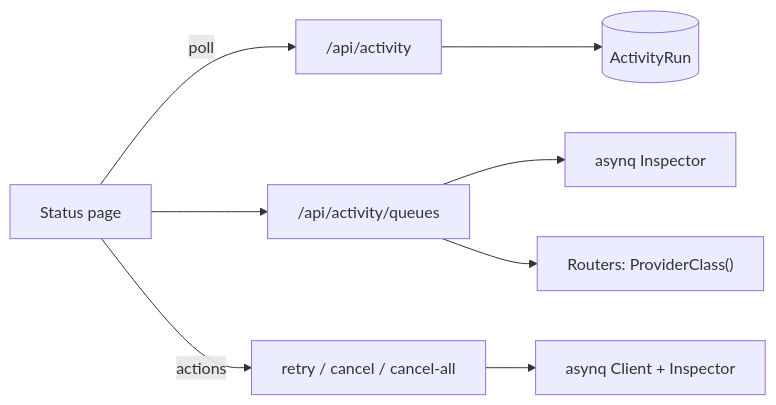
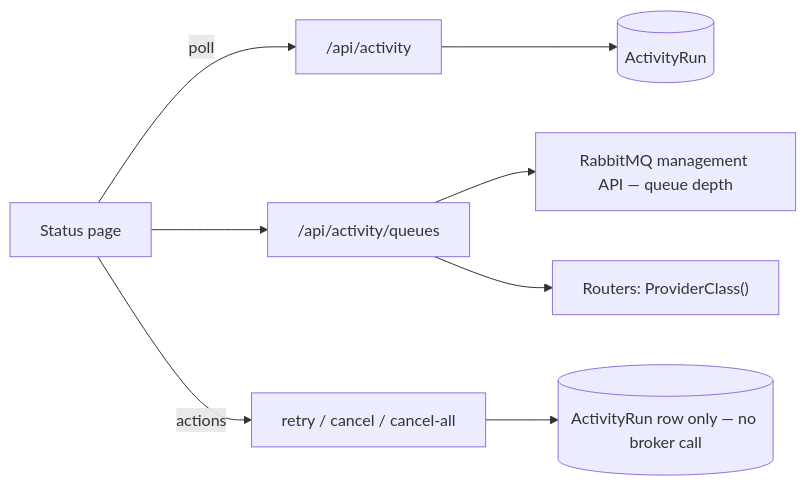
One commit to nonamecat19/job-finder changed the fourth of 4 diagrams in docs/docs/async/activity-tracking.md. Above: the diagram before and after it, drawn with Mermaid. The commit also changed other lines of this file and 13 other files, not shown here.

````diff
--- a/docs/docs/async/activity-tracking.md
+++ b/docs/docs/async/activity-tracking.md
@@ -183,10 +203,10 @@
 ```mermaid
 flowchart LR
     UI["Status page"] -->|poll| API["/api/activity"]
     API --> AR[("ActivityRun")]
     UI --> QAPI["/api/activity/queues"]
-    QAPI --> INS["asynq Inspector"]
+    QAPI --> INS["RabbitMQ management API — queue depth"]
     QAPI --> RES["Routers: ProviderClass()"]
     UI -->|actions| ACT["retry / cancel / cancel-all"]
-    ACT --> CLI["asynq Client + Inspector"]
+    ACT --> DB[("ActivityRun row only — no broker call")]
 ```
````
